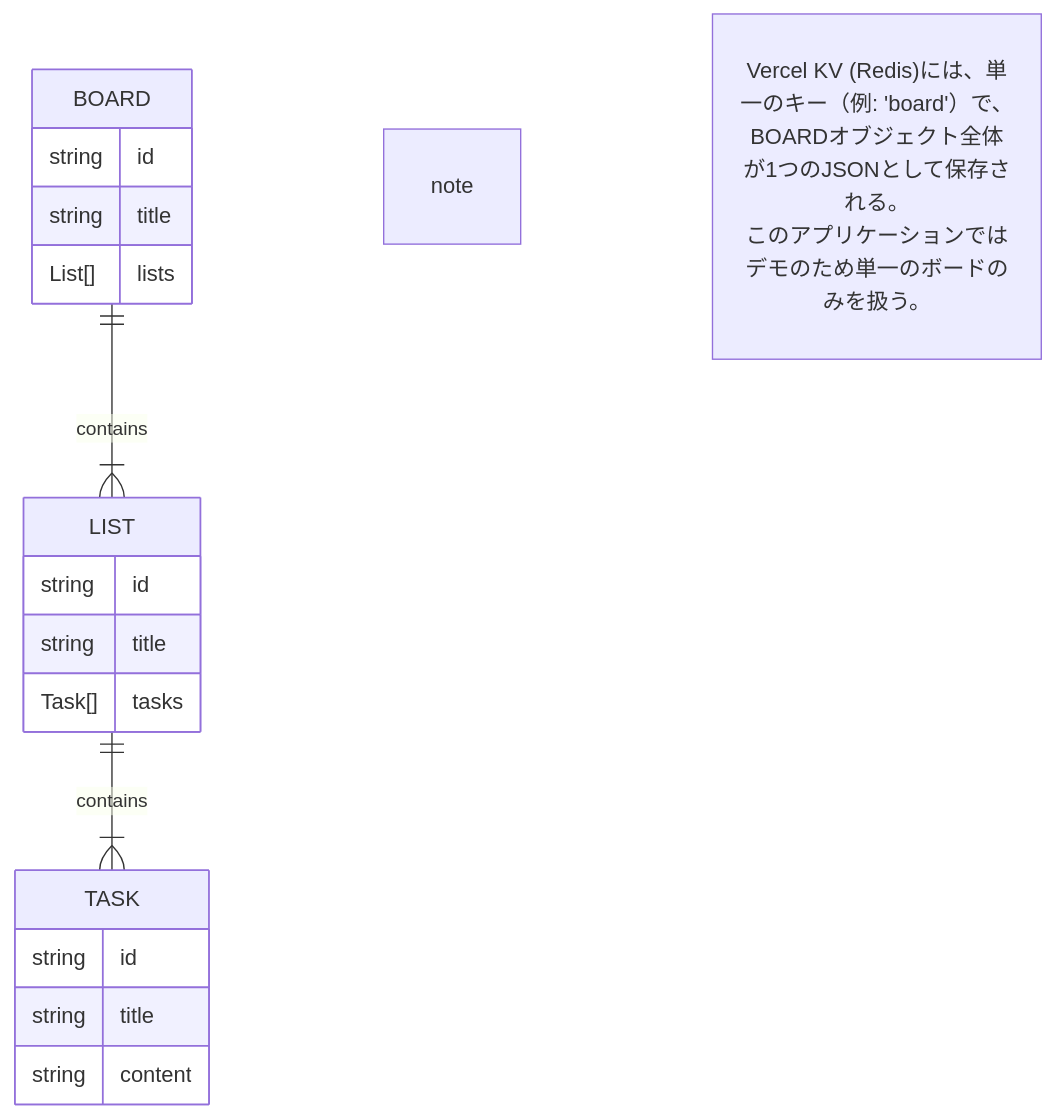
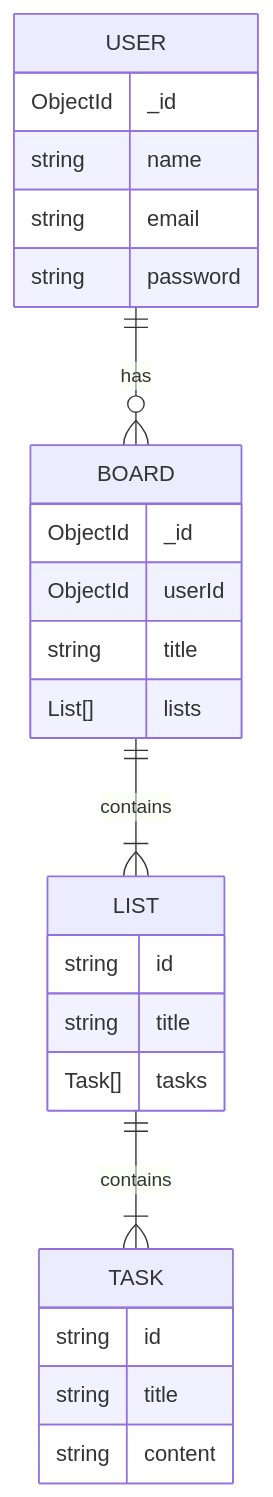
One commit to hideaki1979/geminicli_todo changed the third of 3 diagrams in README.md. Above: the diagram before and after it, drawn with Mermaid. The commit also changed other lines of this file, not shown here.

````diff
--- a/README.md
+++ b/README.md
@@ -172,25 +167,32 @@
 ```mermaid
 erDiagram
+    USER {
+        ObjectId _id
+        string name
+        string email
+        string password
+    }
+
     BOARD {
-        string id
+        ObjectId _id
+        ObjectId userId
         string title
         List[] lists
     }
 
     LIST {
         string id
         string title
         Task[] tasks
     }
 
     TASK {
         string id
         string title
         string content
     }
 
+    USER ||--o{ BOARD : "has"
     BOARD ||--|{ LIST : "contains"
     LIST ||--|{ TASK : "contains"
-
-    note "Vercel KV (Redis)には、単一のキー（例: 'board'）で、<br>BOARDオブジェクト全体が1つのJSONとして保存される。<br>このアプリケーションではデモのため単一のボードのみを扱う。"
 ```
````
